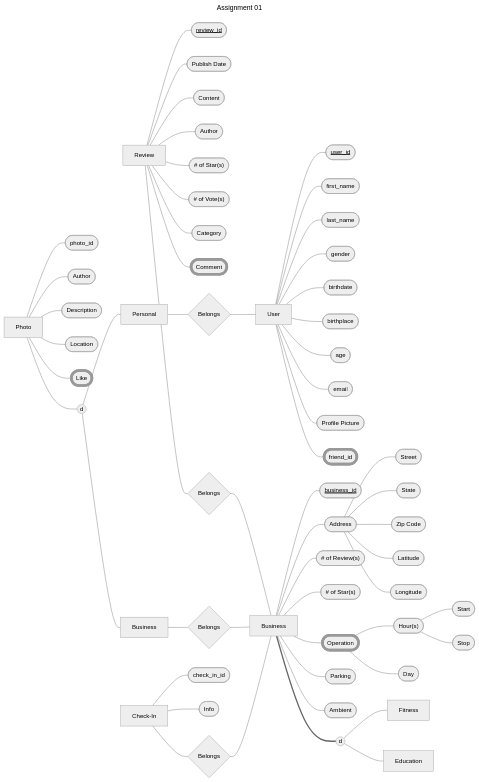
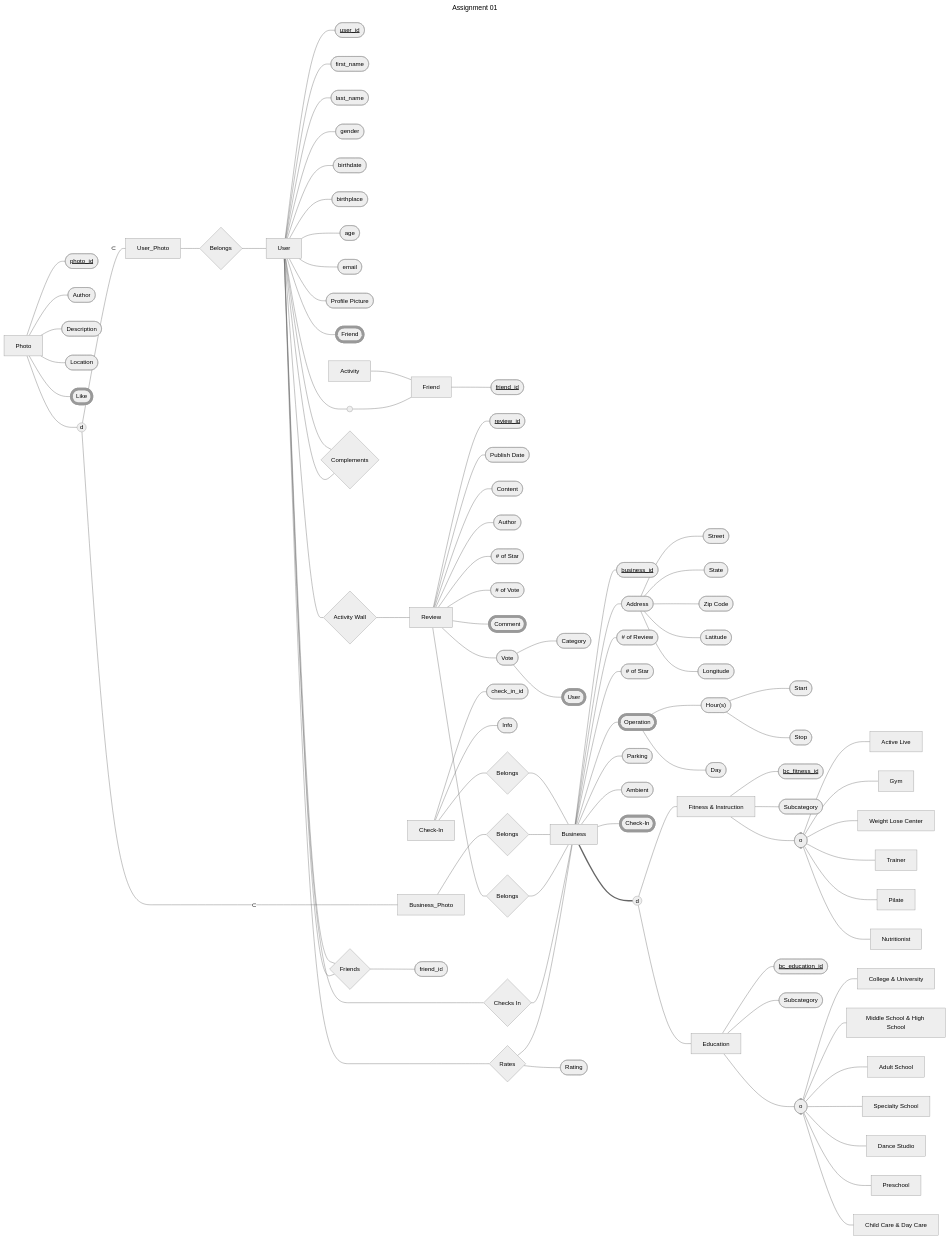
One commit to xjvcm/sjsu-2024-cs-157a-01 changed the diagram in assignments/01-eer-data-model/01-assignment-jonathan-manzano.mmd. Above: the diagram before and after it, drawn with Mermaid (neutral theme).

Commit message:
adding subset symbols

```diff
--- a/assignments/01-eer-data-model/01-assignment-jonathan-manzano.mmd
+++ b/assignments/01-eer-data-model/01-assignment-jonathan-manzano.mmd
@@ -1,92 +1,141 @@
 ---
 title: Assignment 01
 ---
 
 
 
 
 
 
 flowchart LR
     user[User] --- user-id([user_id])
     user --- user-first-name([first_name])
     user --- user-last-name([last_name])
     user --- user-gender([gender])
     user --- user-birthdate([birthdate])
     user --- user-birthplace([birthplace])
     user --- user-age([age])
     user --- user-email([email])
     user --- user-photo([Profile Picture])
-    user --- user-friend([friend_id])
+    user --- user-friend([Friend])
+    user --- user-type((" "))
+        user-type --- user-type-friend[Friend]
+            user-type-friend --- user-type-friend-id([friend_id])
+
+    activity[Activity]
 
     review[Review] --- review-id([review_id])
     review --- review-publish-date([Publish Date])
     review --- review-content([Content])
     review --- review-author([Author])
-    review --- review-num-star(["# of Star(s)"])
-    review --- review-num-vote(["# of Vote(s)"])
-    review --- review-category([Category])
+    review --- review-num-star(["# of Star"])
+    review --- review-num-vote(["# of Vote"])
     review --- review-comment([Comment])
-    review --- review-belongs-business{Belongs}
-        review-belongs-business --- business[Business]
+    review --- review-vote([Vote])
+        review-vote --- review-vote-category([Category])
+        review-vote --- review-vote-user([User])
 
-    business --- business-id([business_id])
+    business[Business] --- business-id([business_id])
     business --- business-address([Address])
         business-address --- business-address-street([Street])
         business-address --- business-address-state([State])
         business-address --- business-address-zip([Zip Code])
         business-address --- business-address-latitude([Latitude])
         business-address --- business-address-longitude([Longitude])
-    business --- business-num-review(["# of Review(s)"])
-    business --- business-num-star(["# of Star(s)"])
+    business --- business-num-review(["# of Review"])
+    business --- business-num-star(["# of Star"])
     business --- business-operation([Operation])
         business-operation --- business-operation-hour(["Hour(s)"])
             business-operation-hour --- business-operation-hour-start(["Start"])
             business-operation-hour --- business-operation-hour-stop(["Stop"])
         business-operation --- business-operation-day(["Day"])
     business --- business-parking([Parking])
     business --- business-ambient([Ambient])
+    business --- business-check-in([Check-In])
+    business === business-category((d))
+        business-category --- business-category-fitness[Fitness & Instruction]
+            business-category-fitness --- business-category-fitness-id([bc_fitness_id])
+            business-category-fitness --- business-category-fitness-subcategories([Subcategory])
+            business-category-fitness --- business-category-fitness-subcategories-type([o])
+                business-category-fitness-subcategories-type --- business-category-fitness-subcategories-type-active[Active Live]
+                business-category-fitness-subcategories-type --- business-category-fitness-subcategories-type-gym[Gym]
+                business-category-fitness-subcategories-type --- business-category-fitness-subcategories-type-center[Weight Lose Center]
+                business-category-fitness-subcategories-type --- business-category-fitness-subcategories-type-trainer[Trainer]
+                business-category-fitness-subcategories-type --- business-category-fitness-subcategories-type-pilate[Pilate]
+                business-category-fitness-subcategories-type --- business-category-fitness-subcategories-type-nutritionist[Nutritionist]
+        business-category --- business-category-education[Education]
+            business-category-education --- business-category-education-id([bc_education_id])
+            business-category-education --- business-category-education-subcategories([Subcategory])
+            business-category-education --- business-category-education-subcategories-type([o])
+                business-category-education-subcategories-type --- business-category-education-subcategories-type-college[College & University]
+                business-category-education-subcategories-type --- business-category-education-subcategories-type-middle-high[Middle School & High School]
+                business-category-education-subcategories-type --- business-category-education-subcategories-type-adult[Adult School]
+                business-category-education-subcategories-type --- business-category-education-subcategories-type-specialty[Specialty School]
+                business-category-education-subcategories-type --- business-category-education-subcategories-type-dance[Dance Studio]
+                business-category-education-subcategories-type --- business-category-education-subcategories-type-preschool[Preschool]
+                business-category-education-subcategories-type --- business-category-education-subcategories-type-child[Child Care & Day Care]
 
-    business === business-category((d))
-
-    business-category --- business-category-fitness[Fitness]
-    business-category --- business-category-education[Education]
 
     photo[Photo] --- photo-id([photo_id])
     photo --- photo-author([Author])
     photo --- photo-description([Description])
     photo --- photo-location([Location])
     photo --- photo-like([Like])
     photo --- photo-type((d))
-        photo-type --- photo-type-business[Business]
-            photo-type-business --- photo-type-business-belongs-business{Belongs}
-                photo-type-business-belongs-business --- business
-        photo-type --- photo-type-user[Personal]
-            photo-type-user --- photo-type-user-belongs-user{Belongs}
-                photo-type-user-belongs-user --- user
+        photo-type-- ⊂ ---photo-type-business[Business_Photo]
+        photo-type-- ⊂ ---photo-type-user[User_Photo]
 
     check-in[Check-In] --- check-in-id([check_in_id])
     check-in --- check-in-info([Info])
+
+    user --- user-complements-user{Complements}
+        user-complements-user --- user
+
+    user --- user-friends-user{Friends}
+        user-friends-user --- user
+        user-friends-user --- user-friends-user-friend-id([friend_id])
+
+    activity --- user-type-friend
+
+    user --- user-rates-business{Rates}
+        user-rates-business --- business
+        user-rates-business --- user-rates-business-rating([Rating])
+
+    user --- user-activity-wall-review{Activity Wall}
+        user-activity-wall-review --- review
+
+    user --- user-checks-in-business{Checks In}
+        user-checks-in-business --- business
+
+    review --- review-belongs-business{Belongs}
+        review-belongs-business --- business
+
+    photo-type-business --- photo-type-business-belongs-business{Belongs}
+        photo-type-business-belongs-business --- business
+
+    photo-type-user --- photo-type-user-belongs-user{Belongs}
+        photo-type-user-belongs-user --- user
+
     check-in --- check-in-belongs-business{Belongs}
         check-in-belongs-business --- business
 
     classDef strong-entity-primary-key text-decoration:underline,text-decoration-style:solid,text-decoration-thickness:4px
-    class user-id,review-id,business-id strong-entity-primary-key
+    class user-id,business-id strong-entity-primary-key
 
 %%    classDef weak-entity stroke-width:7px
 %%    class  weak-entity
 
-%%    classDef weak-entity-primary-key text-decoration:underline,text-decoration-style:dotted,text-decoration-thickness:4px
-%%    class  weak-entity-primary-key
+    classDef weak-entity-primary-key text-decoration:underline,text-decoration-style:dotted,text-decoration-thickness:4px
+    class user-type-friend-id,review-id,business-category-fitness-id,business-category-education-id,photo-id weak-entity-primary-key
 
     classDef identifying-relationship stroke-width:7px
     class compliment identifying-relationship
 
 %%    Total Participation
 %%    linkStyle  stroke-width:7px
 
     classDef multivalued-attribute stroke-width:7px
-    class user-friend,review-comment,business-operation,photo-like multivalued-attribute
+    class user-friend,review-vote-user,review-comment,business-operation,business-check-in,photo-like multivalued-attribute
 
     classDef derived-attribute stroke-dasharray:3
     class age derived-attribute
```
